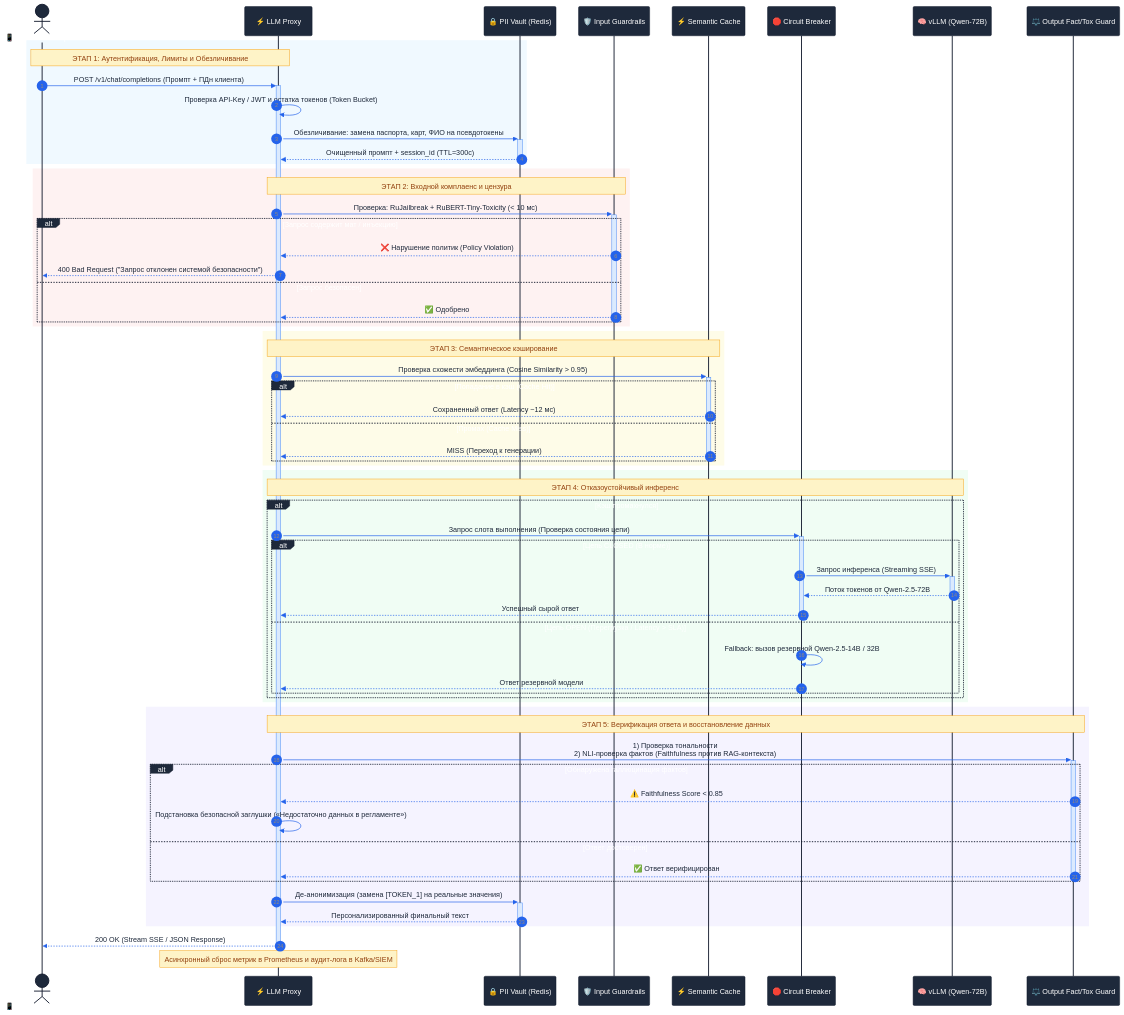
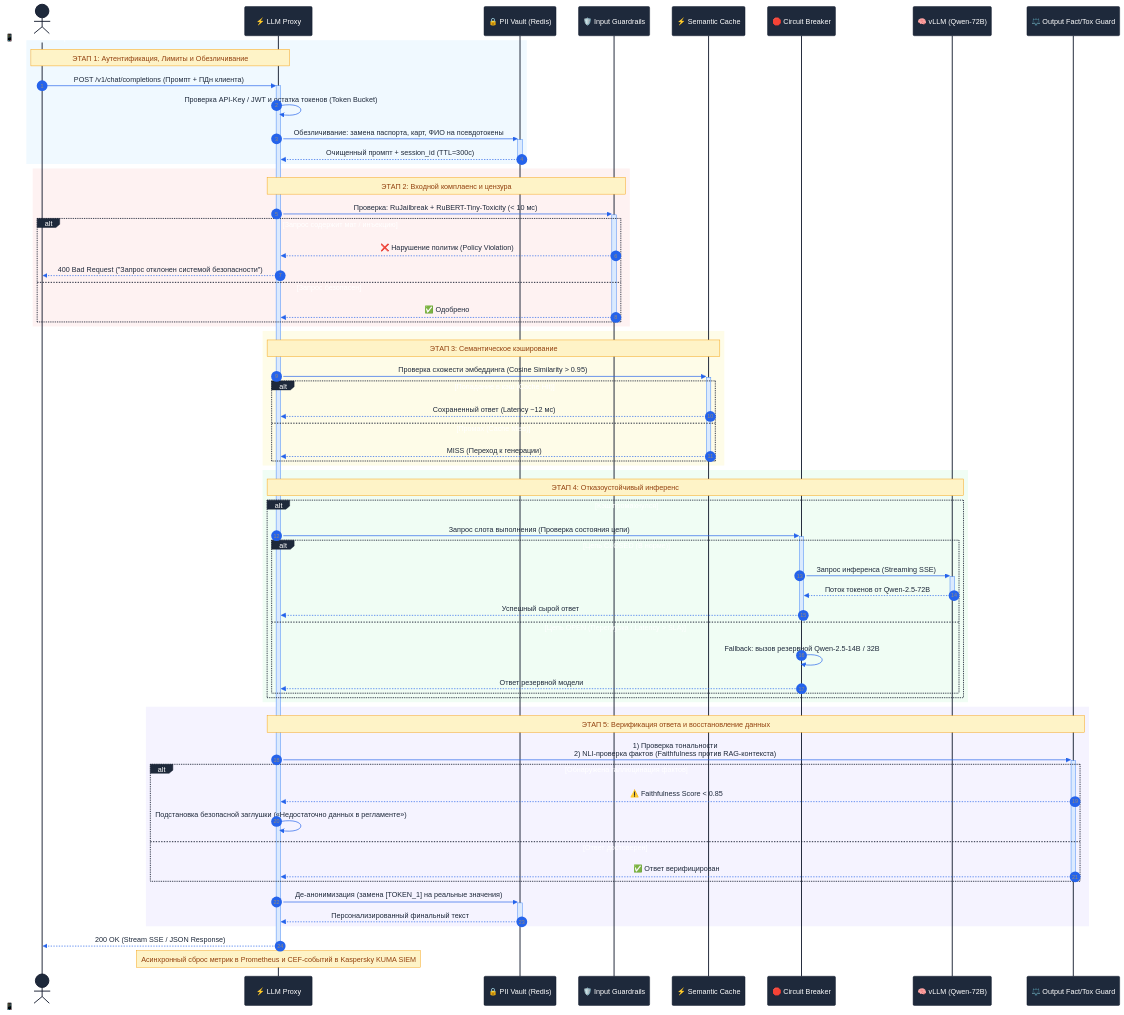
One commit to vk4arm/alfa_llm_hackaton changed the second of 7 diagrams in docs/ARCHITECTURE_SOLUTIONS.md. Above: the diagram before and after it, drawn with Mermaid. The commit also changed other lines of this file and 11 other files, not shown here.

Commit message:
feat(security): add Threat Model and Kaspersky Lab ecosystem integration (KUMA, KCS, KSS, KATA, EDR)

````diff
--- a/docs/ARCHITECTURE_SOLUTIONS.md
+++ b/docs/ARCHITECTURE_SOLUTIONS.md
@@ -237,5 +237,5 @@
     end
 
     GW-->>-App: 200 OK (Stream SSE / JSON Response)
-    Note over GW: Асинхронный сброс метрик в Prometheus и аудит-лога в Kafka/SIEM
+    Note over GW: Асинхронный сброс метрик в Prometheus и CEF-событий в Kaspersky KUMA SIEM
 ```
````
